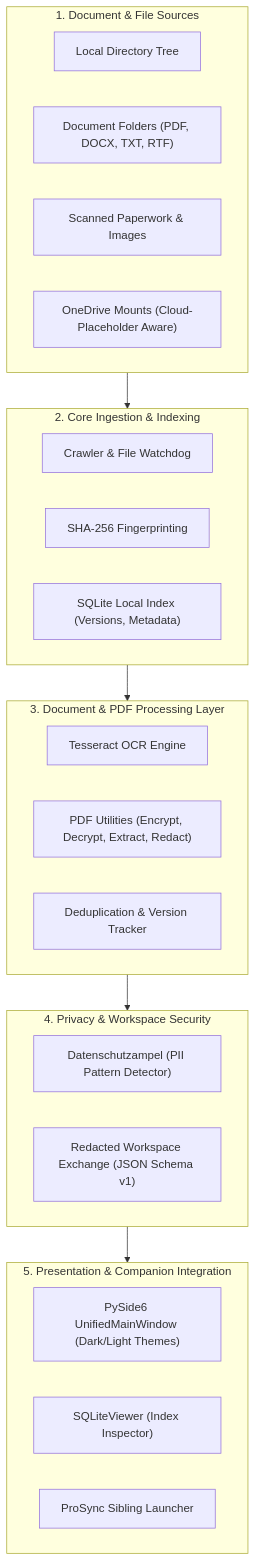
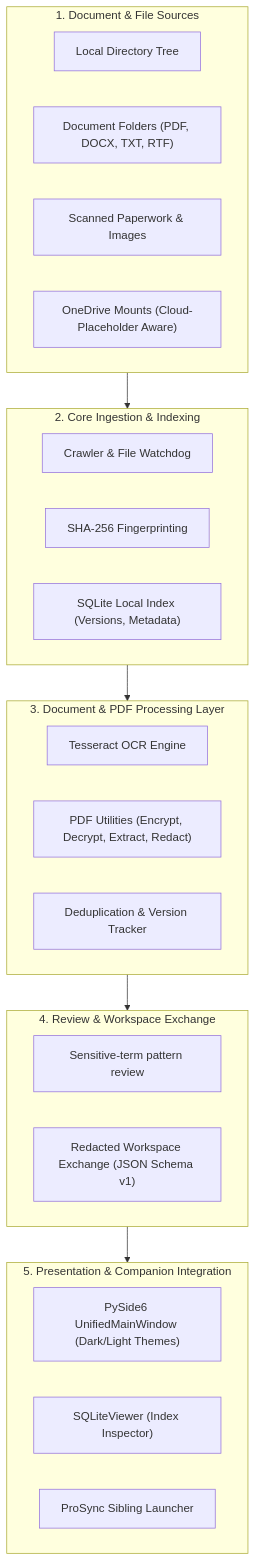
Before and after one commit to file-bricks/ProFiler: the first of 2 diagrams in README.md, drawn with Mermaid. The commit also changed other lines of this file and 13 other files, not shown here.

````diff
--- a/README.md
+++ b/README.md
@@ -70,37 +70,37 @@
 ```mermaid
 graph TD
     subgraph Sources["1. Document & File Sources"]
         A1["Local Directory Tree"]
         A2["Document Folders (PDF, DOCX, TXT, RTF)"]
         A3["Scanned Paperwork & Images"]
         A4["OneDrive Mounts (Cloud-Placeholder Aware)"]
     end
 
     subgraph CoreEngine["2. Core Ingestion & Indexing"]
         B1["Crawler & File Watchdog"]
         B2["SHA-256 Fingerprinting"]
         B3["SQLite Local Index (Versions, Metadata)"]
     end
 
     subgraph Processing["3. Document & PDF Processing Layer"]
         C1["Tesseract OCR Engine"]
         C2["PDF Utilities (Encrypt, Decrypt, Extract, Redact)"]
         C3["Deduplication & Version Tracker"]
     end
 
-    subgraph PrivacyGate["4. Privacy & Workspace Security"]
-        D1["Datenschutzampel (PII Pattern Detector)"]
+    subgraph PrivacyGate["4. Review & Workspace Exchange"]
+        D1["Sensitive-term pattern review"]
         D2["Redacted Workspace Exchange (JSON Schema v1)"]
     end
 
     subgraph UI["5. Presentation & Companion Integration"]
         E1["PySide6 UnifiedMainWindow (Dark/Light Themes)"]
         E2["SQLiteViewer (Index Inspector)"]
         E3["ProSync Sibling Launcher"]
     end
 
     Sources --> CoreEngine
     CoreEngine --> Processing
     Processing --> PrivacyGate
     PrivacyGate --> UI
 ```
````
